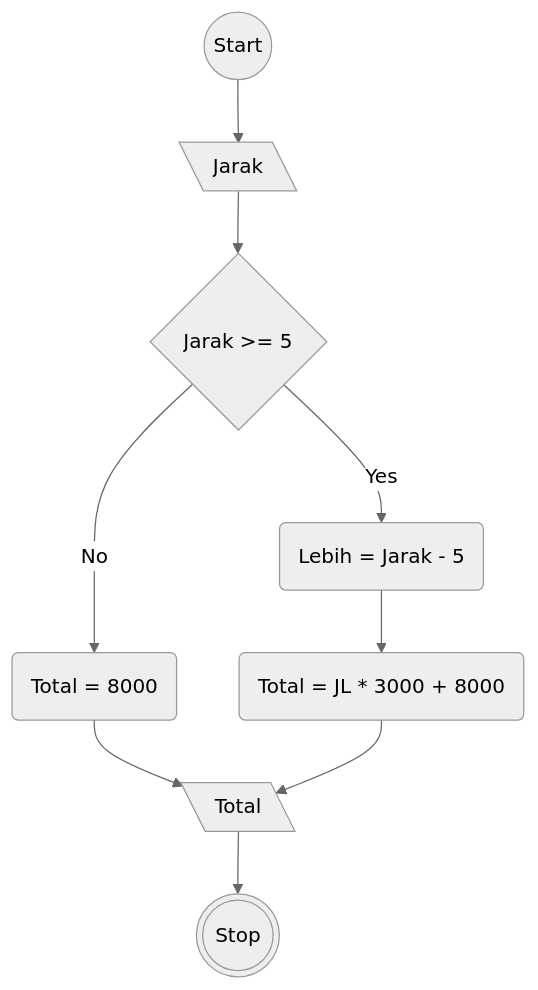
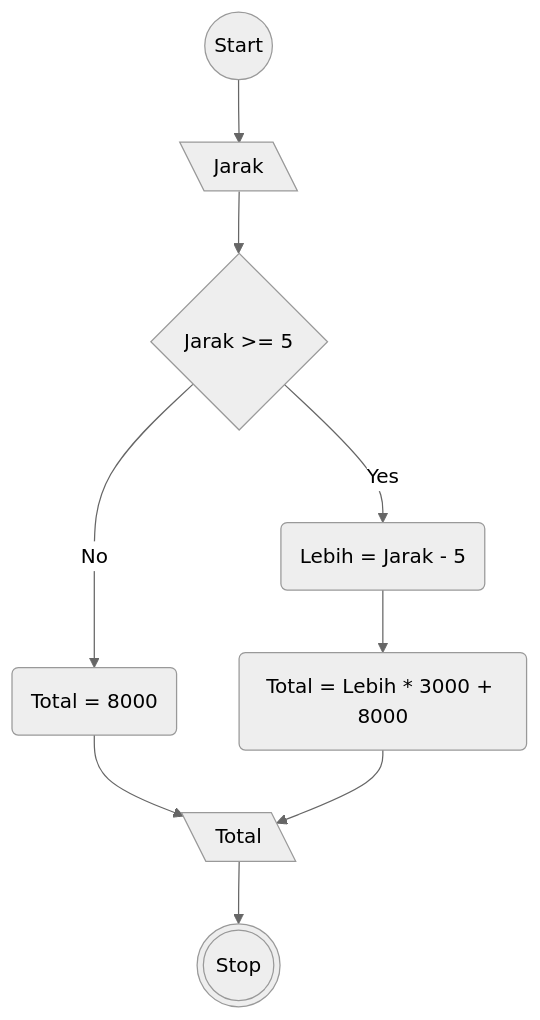
Before and after one commit to ariekas/koda-b4-algoritma: the diagram in MiniTaks8.md, drawn with Mermaid (neutral theme).

````diff
--- a/MiniTaks8.md
+++ b/MiniTaks8.md
@@ -3,19 +3,19 @@
 ```mermaid
 flowchart TD
 Start((Start))
 Input[\Jarak\]
 Decision{Jarak >= 5}
 Lebih(Lebih = Jarak - 5)
-ProcessLebih(Total = JL * 3000 + 8000)
+ProcessLebih(Total = Lebih * 3000 + 8000)
 ProcessKurang(Total = 8000)
 Total[\Total\]
 Stop(((Stop)))
 
 Start --> Input
 Input --> Decision
 Decision -- Yes --> Lebih
 Decision -- No --> ProcessKurang
 Lebih --> ProcessLebih
 ProcessKurang & ProcessLebih  --> Total
 Total --> Stop
 ```
````
